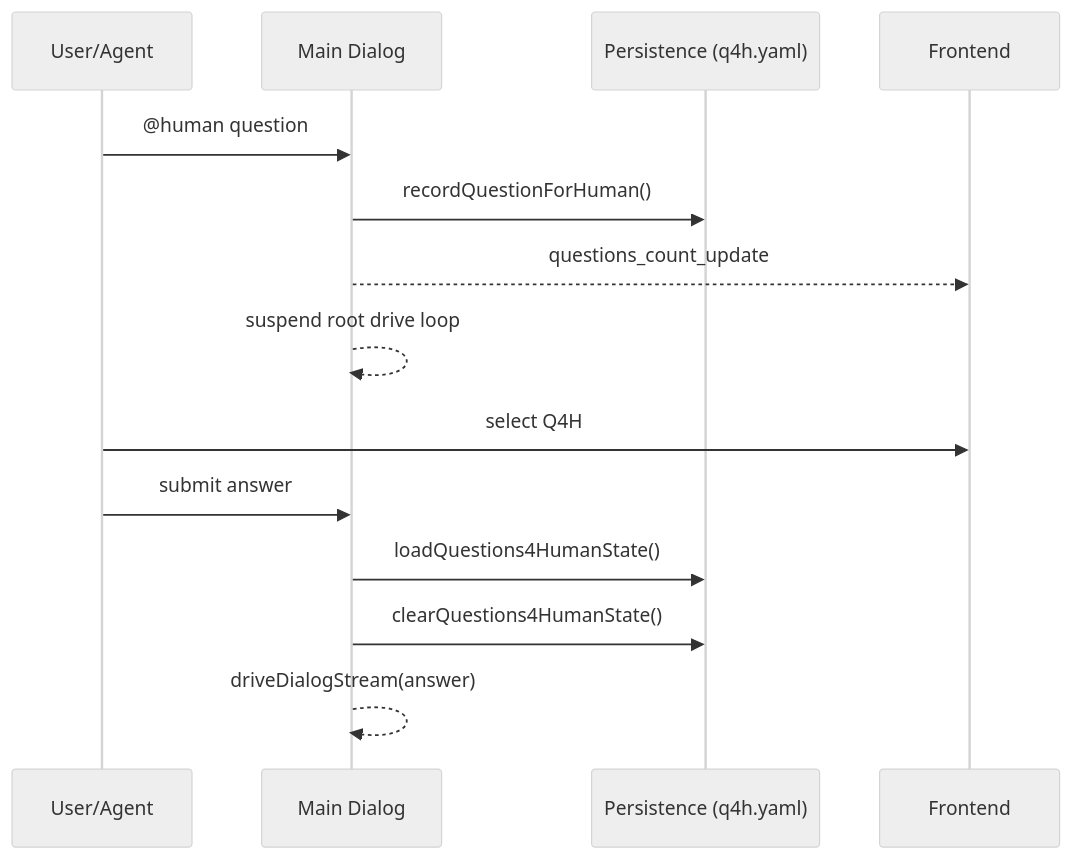
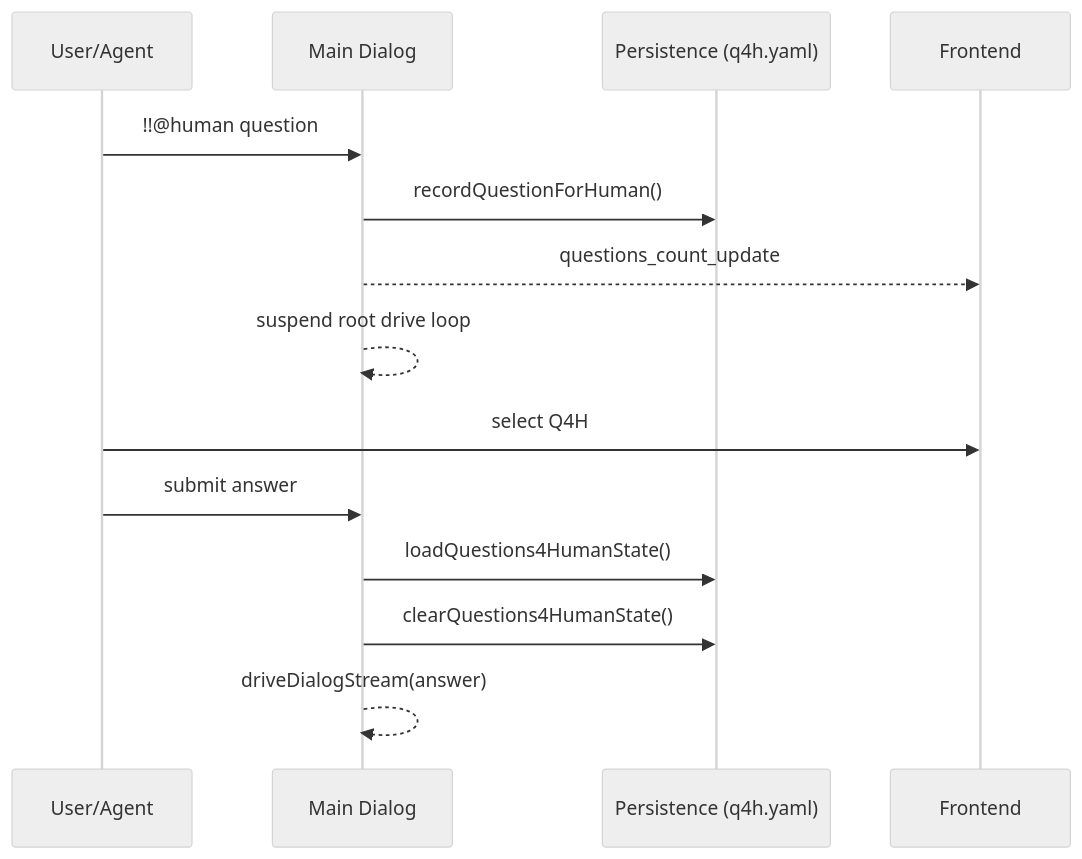
Diagram 16 of 18 in docs/dialog-system.md (longrun-ai/dominds), drawn with Mermaid (neutral theme) before and after one commit. The commit also changed other lines of this file and 28 other files, not shown here.

````diff
--- a/docs/dialog-system.md
+++ b/docs/dialog-system.md
@@ -1222,18 +1223,18 @@
 ```mermaid
 sequenceDiagram
   participant User as User/Agent
   participant Main as Main Dialog
   participant Store as Persistence (q4h.yaml)
   participant UI as Frontend
 
-  User->>Main: @human question
+  User->>Main: !!@human question
   Main->>Store: recordQuestionForHuman()
   Main-->>UI: questions_count_update
   Main-->>Main: suspend root drive loop
 
   User->>UI: select Q4H
   User->>Main: submit answer
   Main->>Store: loadQuestions4HumanState()
   Main->>Store: clearQuestions4HumanState()
   Main-->>Main: driveDialogStream(answer)
 ```
````
